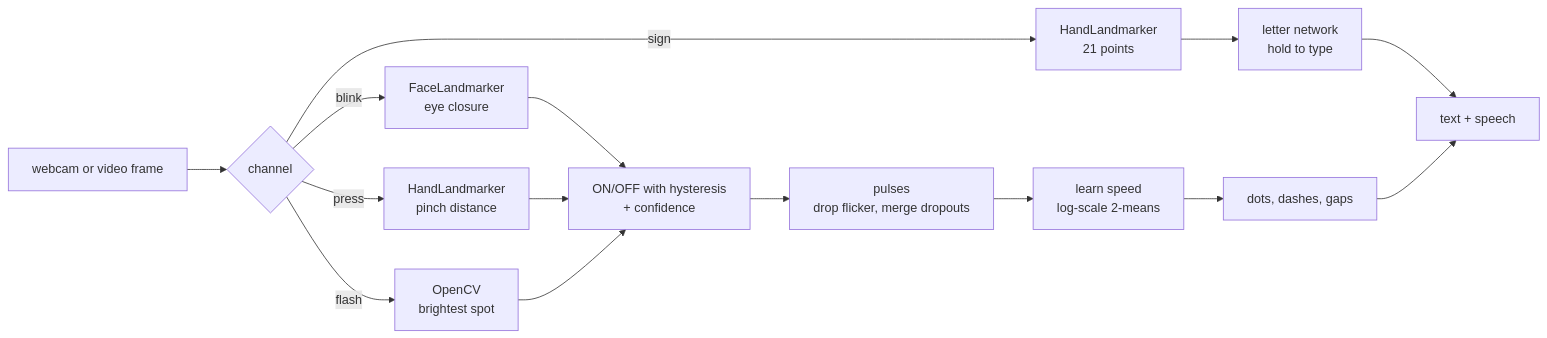
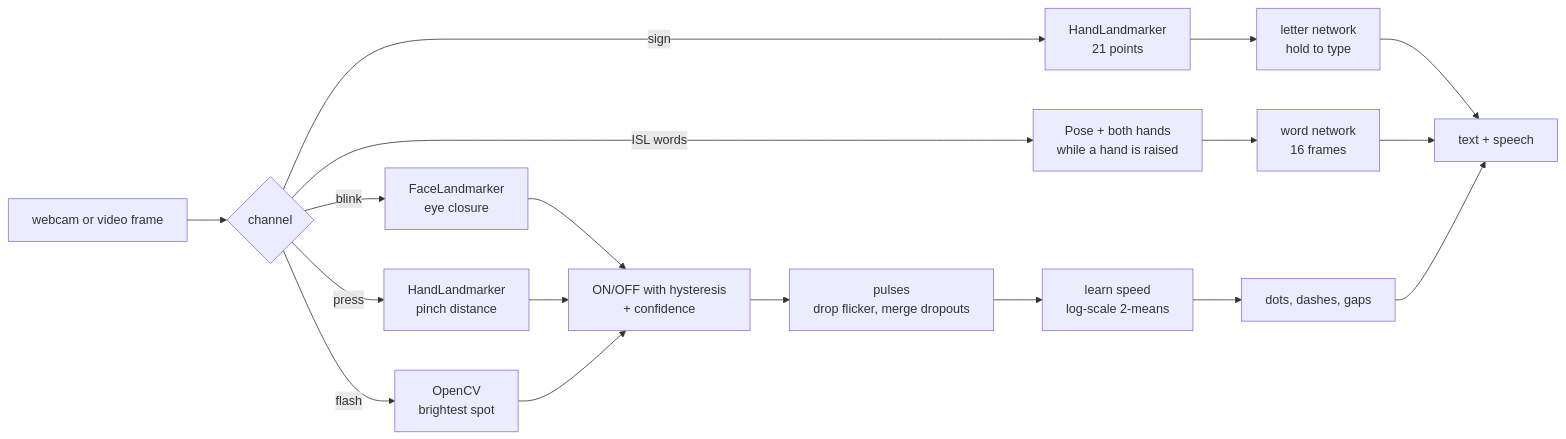
One commit to VivekVagale/silent-signal changed the diagram in README.md. Above: the diagram before and after it, drawn with Mermaid. The commit also changed other lines of this file and 17 other files, not shown here.

First line of the commit message:
ISL words prototype: whole Indian Sign Language signs with body pose and both hands

````diff
--- a/README.md
+++ b/README.md
@@ -137,13 +167,14 @@
 ```mermaid
 flowchart LR
     V[webcam or video frame] --> D{channel}
     D -->|blink| B[FaceLandmarker<br/>eye closure]
     D -->|press| H[HandLandmarker<br/>pinch distance]
     D -->|flash| F[OpenCV<br/>brightest spot]
     B & H & F --> S[ON/OFF with hysteresis<br/>+ confidence]
     D -->|sign| G[HandLandmarker<br/>21 points] --> N[letter network<br/>hold to type] --> X
+    D -->|ISL words| W[Pose + both hands<br/>while a hand is raised] --> WN[word network<br/>16 frames] --> X
     S --> P[pulses<br/>drop flicker, merge dropouts]
     P --> T[learn speed<br/>log-scale 2-means]
     T --> M[dots, dashes, gaps]
     M --> X[text + speech]
 ```
````
